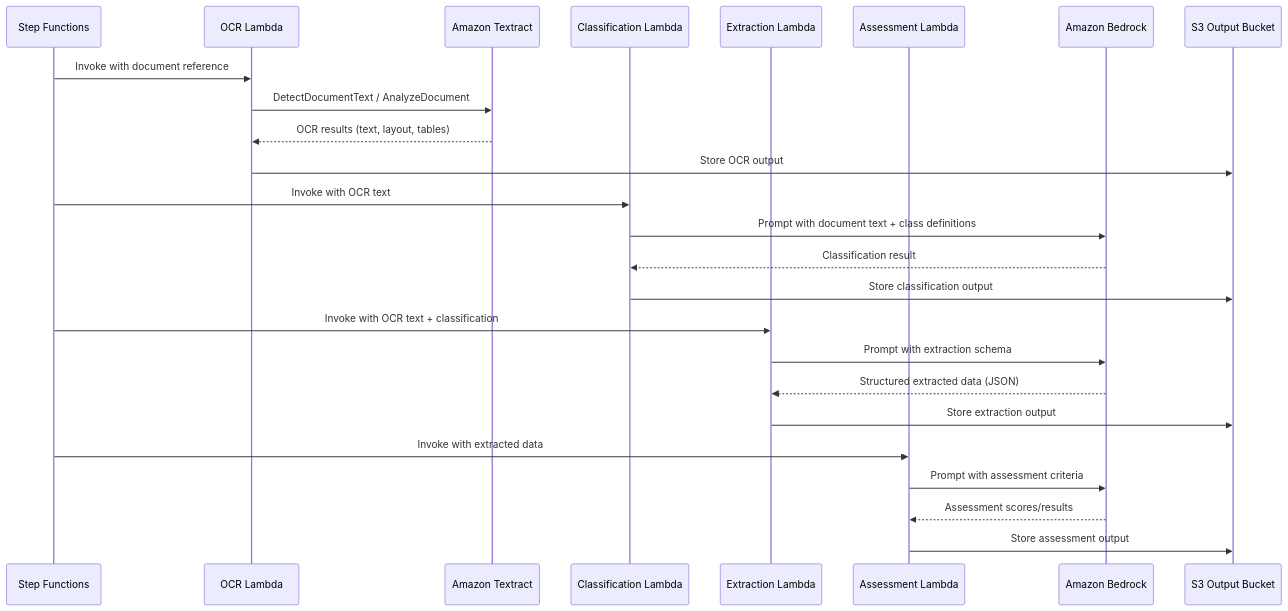
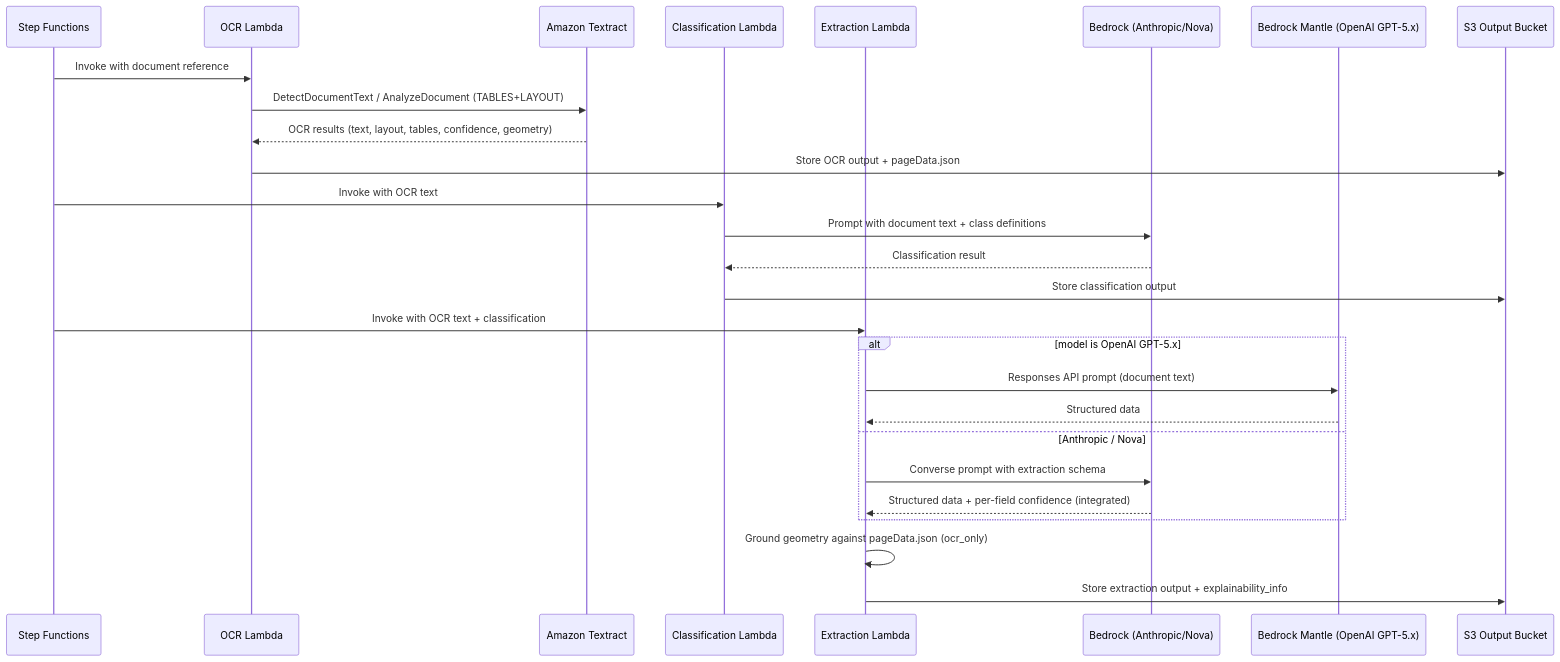
The third of 22 diagrams in security/threat-modeling/architecture/data-flows.md (aws-samples/sample-genai-idp), drawn with Mermaid before and after one commit. The commit also changed other lines of this file and 26 other files, not shown here.

````diff
--- a/security/threat-modeling/architecture/data-flows.md
+++ b/security/threat-modeling/architecture/data-flows.md
@@ -54,31 +94,32 @@
 ```mermaid
 sequenceDiagram
     participant SFN as Step Functions
     participant OCR as OCR Lambda
     participant Textract as Amazon Textract
     participant Class as Classification Lambda
     participant Extract as Extraction Lambda
-    participant Assess as Assessment Lambda
-    participant Bedrock as Amazon Bedrock
+    participant Bedrock as Bedrock (Anthropic/Nova)
+    participant Mantle as Bedrock Mantle (OpenAI GPT-5.x)
     participant S3 as S3 Output Bucket
 
     SFN->>OCR: Invoke with document reference
-    OCR->>Textract: DetectDocumentText / AnalyzeDocument
-    Textract-->>OCR: OCR results (text, layout, tables)
-    OCR->>S3: Store OCR output
+    OCR->>Textract: DetectDocumentText / AnalyzeDocument (TABLES+LAYOUT)
+    Textract-->>OCR: OCR results (text, layout, tables, confidence, geometry)
+    OCR->>S3: Store OCR output + pageData.json
 
     SFN->>Class: Invoke with OCR text
     Class->>Bedrock: Prompt with document text + class definitions
     Bedrock-->>Class: Classification result
     Class->>S3: Store classification output
 
     SFN->>Extract: Invoke with OCR text + classification
-    Extract->>Bedrock: Prompt with extraction schema
-    Bedrock-->>Extract: Structured extracted data (JSON)
-    Extract->>S3: Store extraction output
-
-    SFN->>Assess: Invoke with extracted data
-    Assess->>Bedrock: Prompt with assessment criteria
-    Bedrock-->>Assess: Assessment scores/results
-    Assess->>S3: Store assessment output
+    alt model is OpenAI GPT-5.x
+        Extract->>Mantle: Responses API prompt (document text)
+        Mantle-->>Extract: Structured data
+    else Anthropic / Nova
+        Extract->>Bedrock: Converse prompt with extraction schema
+        Bedrock-->>Extract: Structured data + per-field confidence (integrated)
+    end
+    Extract->>Extract: Ground geometry against pageData.json (ocr_only)
+    Extract->>S3: Store extraction output + explainability_info
 ```
````
